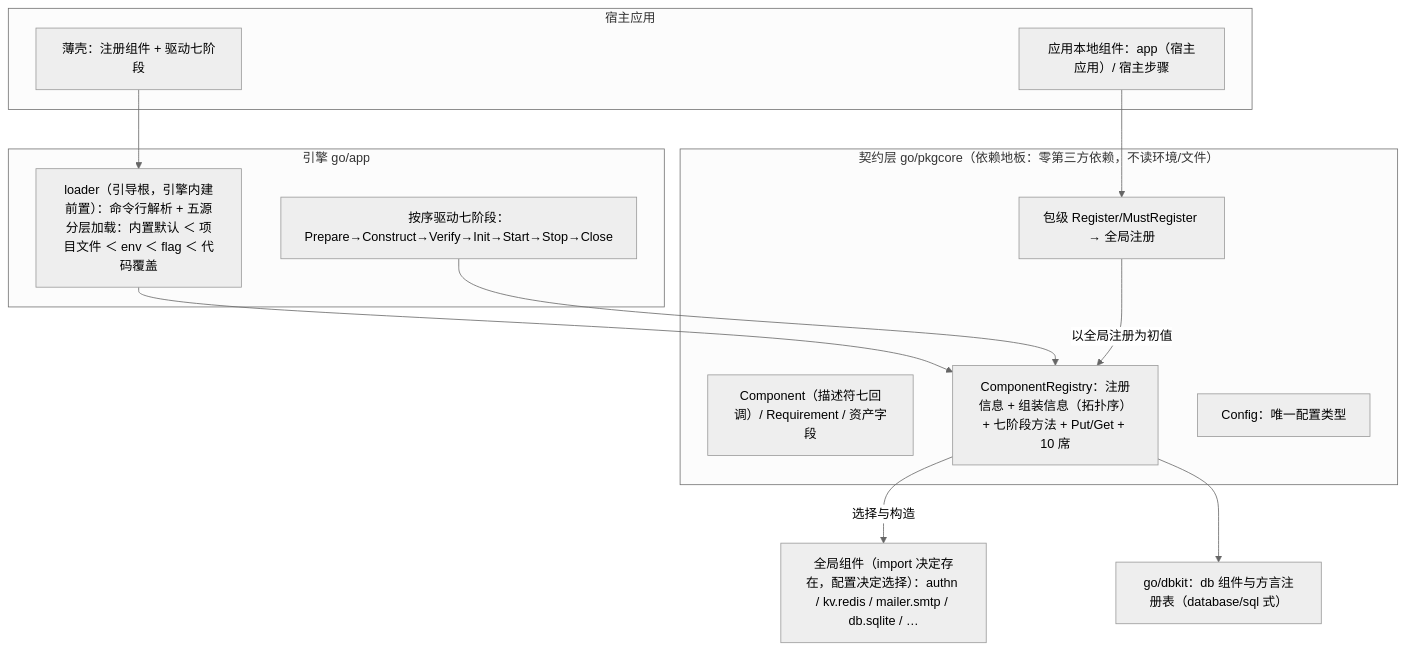
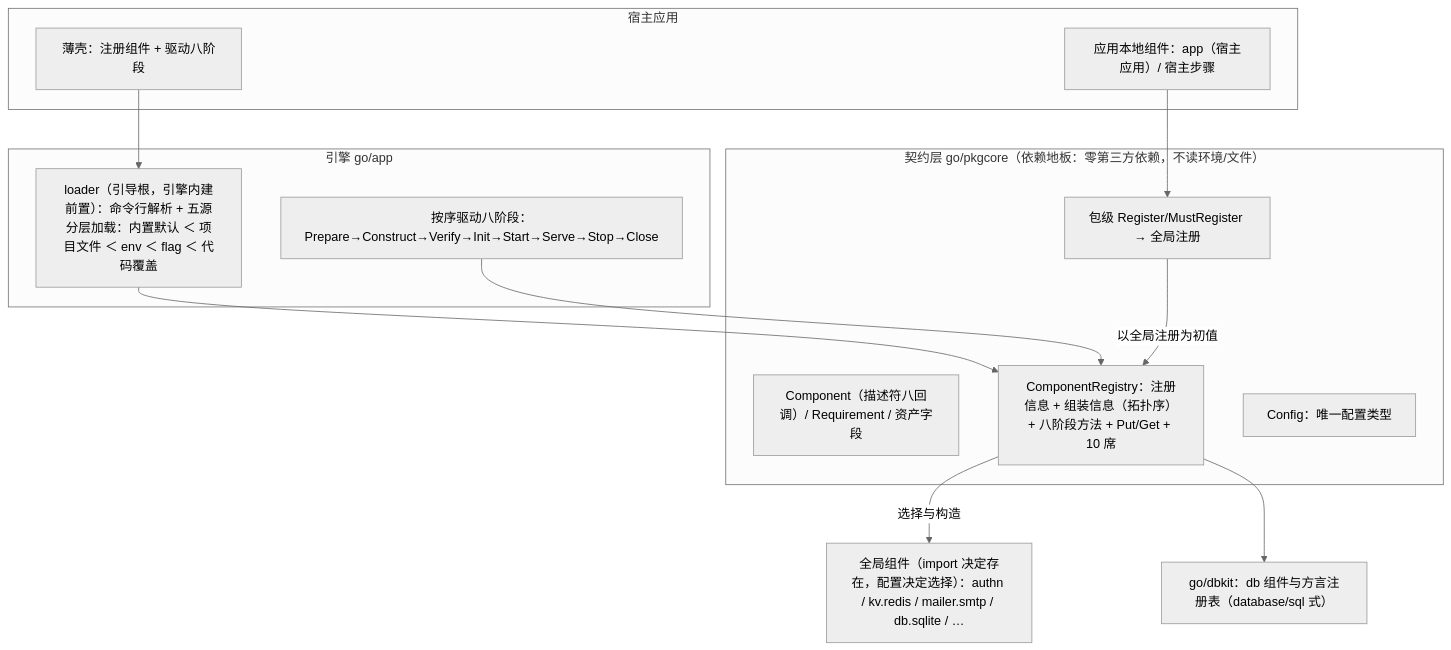
One commit to vislake/speed changed the first of 6 diagrams in docs/internal/29-config-driven-component-assembly.md. Above: the diagram before and after it, drawn with Mermaid (neutral theme). The commit also changed other lines of this file and 32 other files, not shown here.

````diff
--- a/docs/internal/29-config-driven-component-assembly.md
+++ b/docs/internal/29-config-driven-component-assembly.md
@@ -28,30 +28,30 @@
 ```mermaid
 flowchart TB
     subgraph HOST["宿主应用"]
-        SHELL["薄壳：注册组件 + 驱动七阶段"]
+        SHELL["薄壳：注册组件 + 驱动八阶段"]
         LOCAL["应用本地组件：app（宿主应用）/ 宿主步骤"]
     end
 
     subgraph ENG["引擎 go/app"]
         SRC["loader（引导根，引擎内建前置）：命令行解析 + 五源分层加载：内置默认 ＜ 项目文件 ＜ env ＜ flag ＜ 代码覆盖"]
-        ORCH["按序驱动七阶段：Prepare→Construct→Verify→Init→Start→Stop→Close"]
+        ORCH["按序驱动八阶段：Prepare→Construct→Verify→Init→Start→Serve→Stop→Close"]
     end
 
     subgraph CORE["契约层 go/pkgcore（依赖地板：零第三方依赖，不读环境/文件）"]
-        MODEL["Component（描述符七回调）/ Requirement / 资产字段"]
-        REG["ComponentRegistry：注册信息 + 组装信息（拓扑序）+ 七阶段方法 + Put/Get + 10 席"]
+        MODEL["Component（描述符八回调）/ Requirement / 资产字段"]
+        REG["ComponentRegistry：注册信息 + 组装信息（拓扑序）+ 八阶段方法 + Put/Get + 10 席"]
         CFG["Config：唯一配置类型"]
         CREG["包级 Register/MustRegister → 全局注册"]
     end
 
     UN["全局组件（import 决定存在，配置决定选择）：authn / kv.redis / mailer.smtp / db.sqlite / …"]
     DBKIT["go/dbkit：db 组件与方言注册表（database/sql 式）"]
 
     SHELL --> SRC
     LOCAL --> CREG
     SRC --> REG
     CREG -->|"以全局注册为初值"| REG
     REG -->|"选择与构造"| UN
     ORCH --> REG
     REG --> DBKIT
 ```
````
